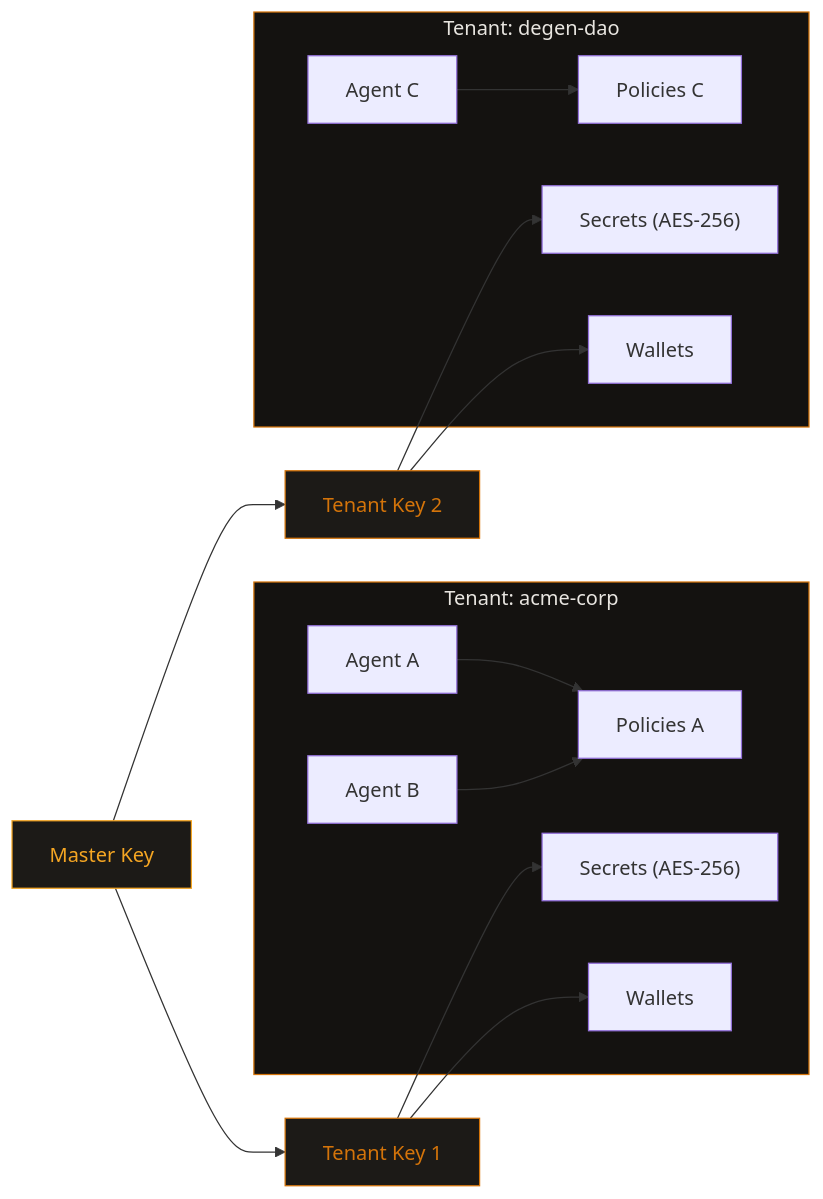
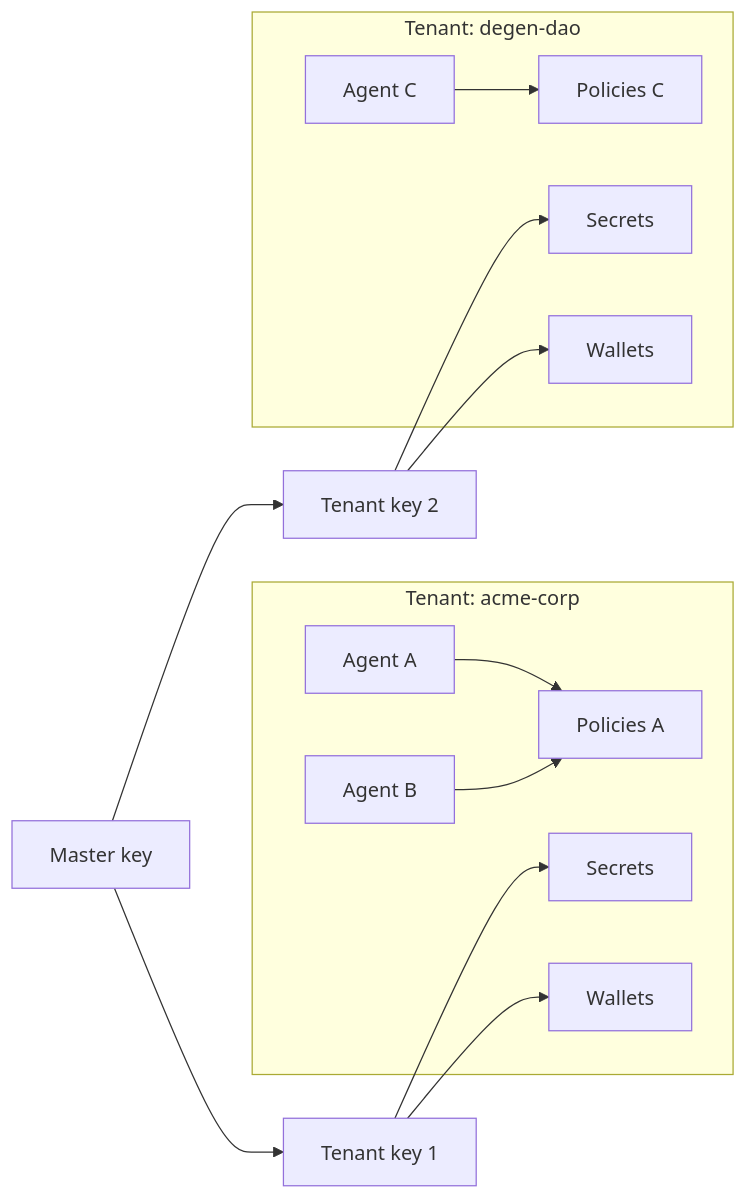
Before and after one commit to Steward-Fi/steward: the fifth of 5 diagrams in docs/concepts/architecture.mdx, drawn with Mermaid. The commit also changed other lines of this file, not shown here.

Commit message:
fix(docs): clean up mermaid diagram syntax for mintlify

````diff
--- a/docs/concepts/architecture.mdx
+++ b/docs/concepts/architecture.mdx
@@ -168,28 +146,22 @@
 ```mermaid
 flowchart LR
     subgraph T1["Tenant: acme-corp"]
         A1["Agent A"] --> P1["Policies A"]
         A2["Agent B"] --> P1
-        S1["Secrets (AES-256)"]
+        S1["Secrets"]
         W1["Wallets"]
     end
 
     subgraph T2["Tenant: degen-dao"]
         A3["Agent C"] --> P2["Policies C"]
-        S2["Secrets (AES-256)"]
+        S2["Secrets"]
         W2["Wallets"]
     end
 
-    MK["Master Key"] --> TK1["Tenant Key 1"]
-    MK --> TK2["Tenant Key 2"]
+    MK["Master key"] --> TK1["Tenant key 1"]
+    MK --> TK2["Tenant key 2"]
     TK1 --> S1
     TK1 --> W1
     TK2 --> S2
     TK2 --> W2
-
-    style T1 fill:#141210,stroke:#D4740A,color:#e8e5e0
-    style T2 fill:#141210,stroke:#D4740A,color:#e8e5e0
-    style MK fill:#1c1a17,stroke:#F5A623,color:#F5A623
-    style TK1 fill:#1c1a17,stroke:#D4740A,color:#D4740A
-    style TK2 fill:#1c1a17,stroke:#D4740A,color:#D4740A
 ```
````
